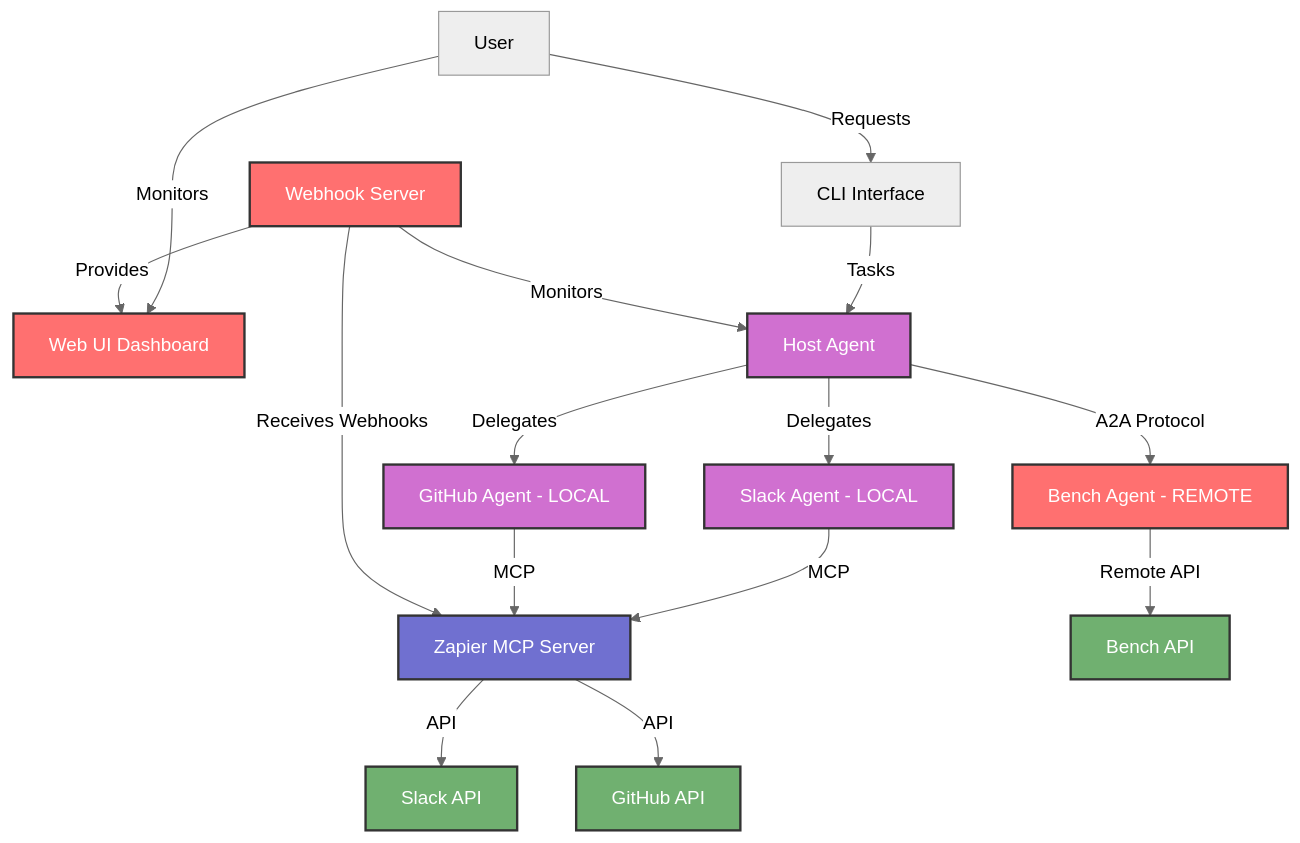
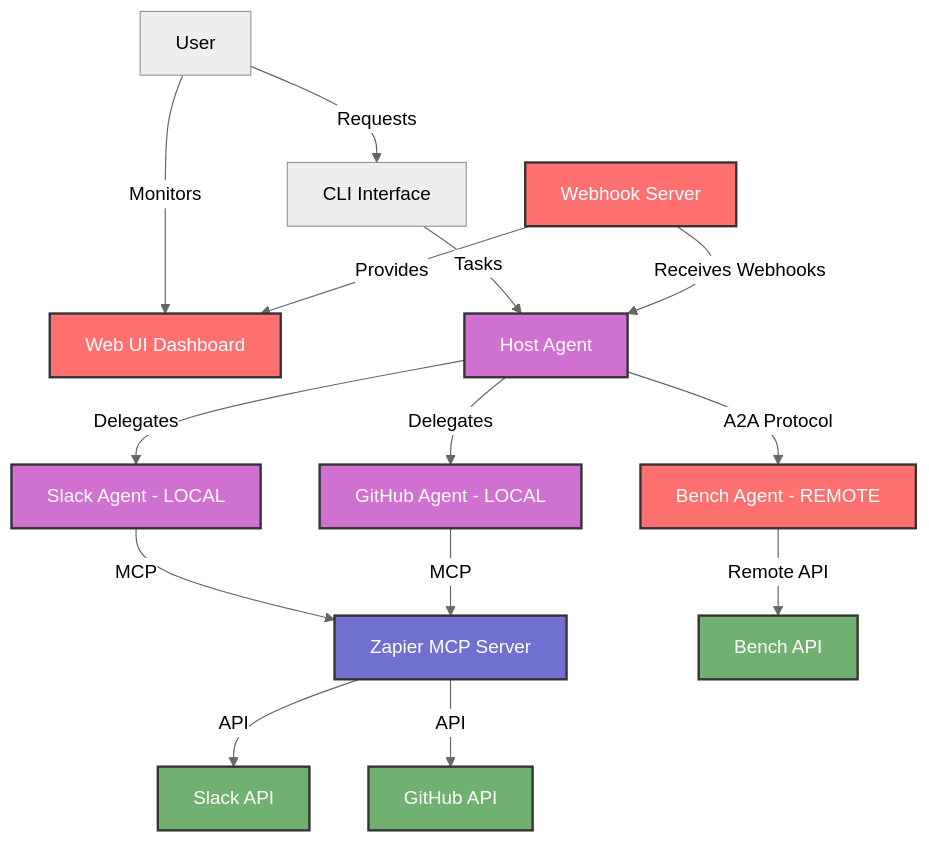
One commit to DamienBench/a2a-mcp-webhook-workshop changed the first of 3 diagrams in README.md. Above: the diagram before and after it, drawn with Mermaid (neutral theme). The commit also changed other lines of this file, not shown here.

Commit message:
update diagrams

````diff
--- a/README.md
+++ b/README.md
@@ -53,32 +53,31 @@
 ```mermaid
 graph TD
     User[User] -->|Requests| CLI[CLI Interface]
     User -->|Monitors| WebUI[Web UI Dashboard]
     CLI -->|Tasks| Host[Host Agent]
     Host -->|Delegates| SlackAgent[Slack Agent - LOCAL]
     Host -->|Delegates| GitHubAgent[GitHub Agent - LOCAL]
     Host -->|A2A Protocol| BenchAgent[Bench Agent - REMOTE]
     
     SlackAgent -->|MCP| Zapier[Zapier MCP Server]
     GitHubAgent -->|MCP| Zapier
     BenchAgent -->|Remote API| BenchAPI[Bench API]
     
     Zapier -->|API| SlackAPI[Slack API]
     Zapier -->|API| GitHubAPI[GitHub API]
     
     WebhookServer[Webhook Server] -->|Provides| WebUI
-    WebhookServer -->|Monitors| Host
-    WebhookServer -->|Receives Webhooks| Zapier
+    WebhookServer -->|Receives Webhooks| Host
     
     class Host,SlackAgent,GitHubAgent local;
     class BenchAgent remote;
     class Zapier middleware;
     class SlackAPI,GitHubAPI,BenchAPI external;
     class WebhookServer,WebUI monitoring;
     
     classDef local fill:#d070d0,stroke:#333,stroke-width:2px,color:#fff;
     classDef remote fill:#ff7070,stroke:#333,stroke-width:2px,color:#fff;
     classDef middleware fill:#7070d0,stroke:#333,stroke-width:2px,color:#fff;
     classDef external fill:#70b070,stroke:#333,stroke-width:2px,color:#fff;
     classDef monitoring fill:#ff7070,stroke:#333,stroke-width:2px,color:#fff;
 ```
````
